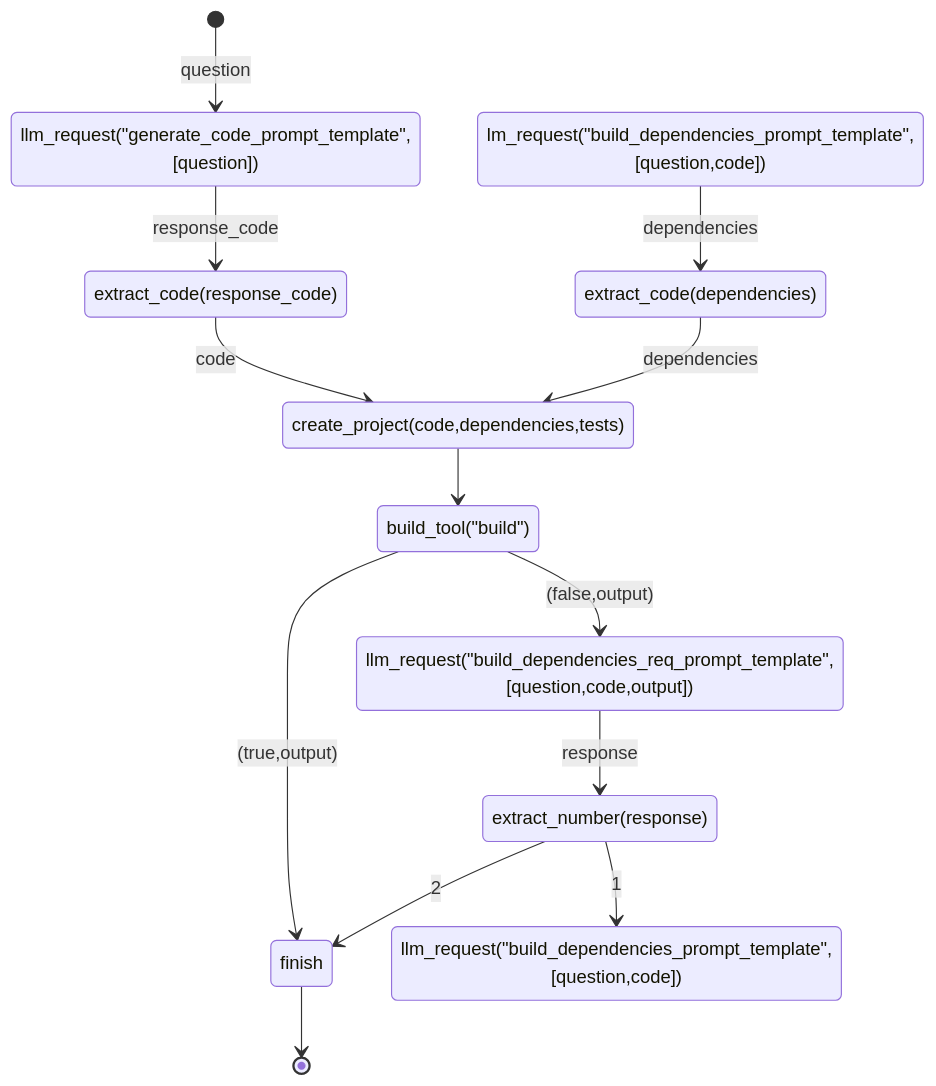
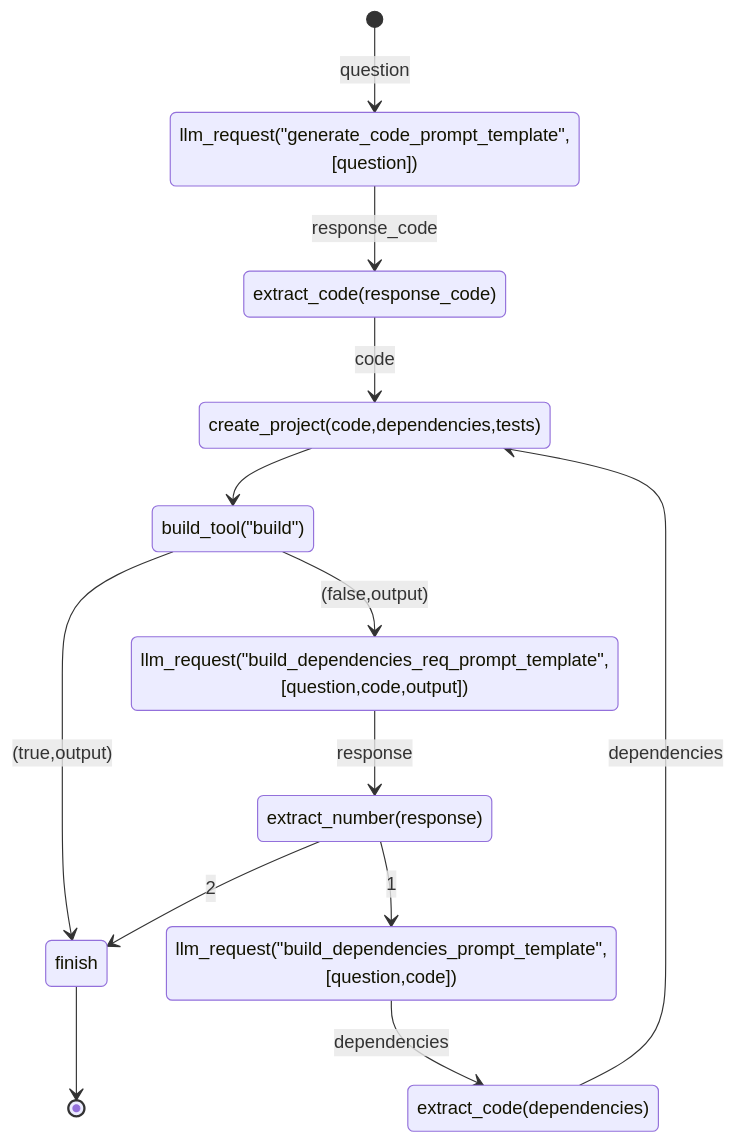
The diagram in state.md (rizgan/LLM-Logic-Exec-Verify), drawn with Mermaid before and after one commit.

````diff
--- a/state.md
+++ b/state.md
@@ -38,15 +38,15 @@
 ```mermaid
 stateDiagram
 [*] --> llm_request("generate_code_prompt_template",[question]) : question
 llm_request("generate_code_prompt_template",[question]) --> extract_code(response_code) : response_code
 extract_code(response_code) --> create_project(code,dependencies,tests) : code
 create_project(code,dependencies,tests) --> build_tool("build")
 build_tool("build") --> finish : (true,output) 
 build_tool("build") --> llm_request("build_dependencies_req_prompt_template",[question,code,output]) : (false,output) 
 llm_request("build_dependencies_req_prompt_template",[question,code,output])  --> extract_number(response) : response
 extract_number(response) --> finish : 2
 extract_number(response) -->  llm_request("build_dependencies_prompt_template",[question,code]) : 1
-lm_request("build_dependencies_prompt_template",[question,code]) --> extract_code(dependencies) : dependencies
+llm_request("build_dependencies_prompt_template",[question,code]) --> extract_code(dependencies) : dependencies
 extract_code(dependencies) --> create_project(code,dependencies,tests) : dependencies 
 finish --> [*]
 ```
````
